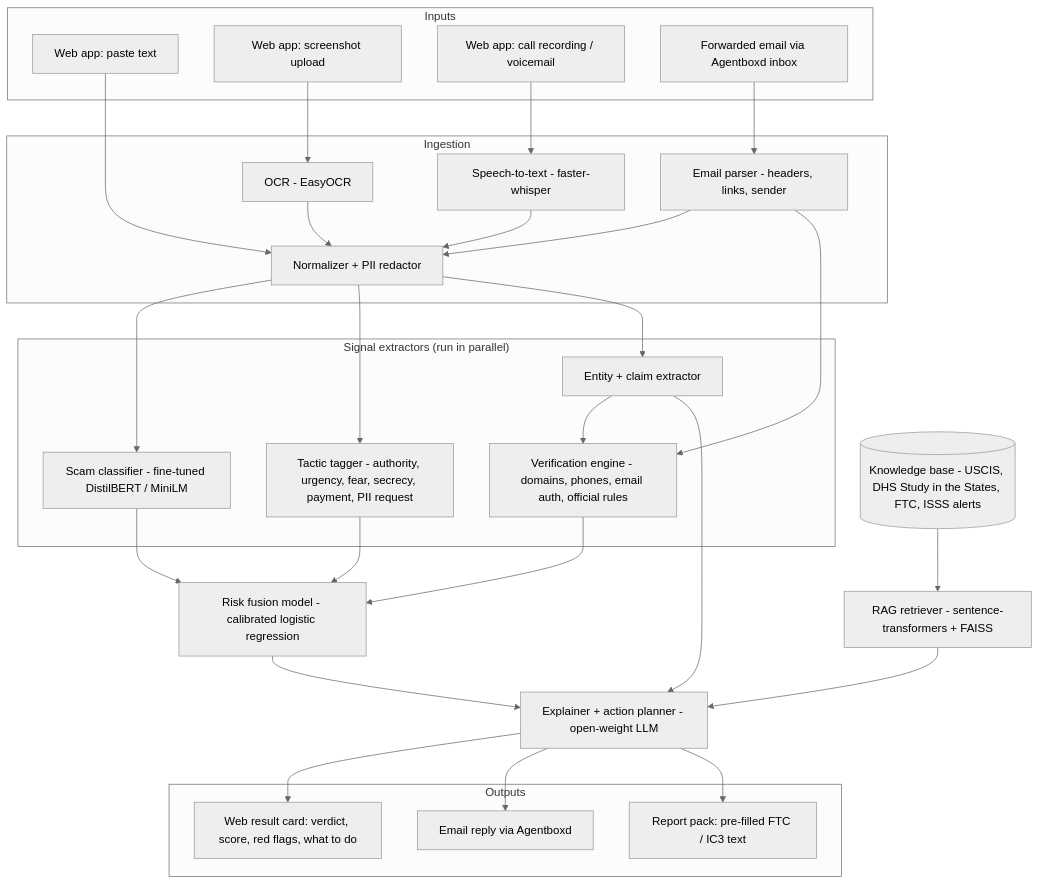
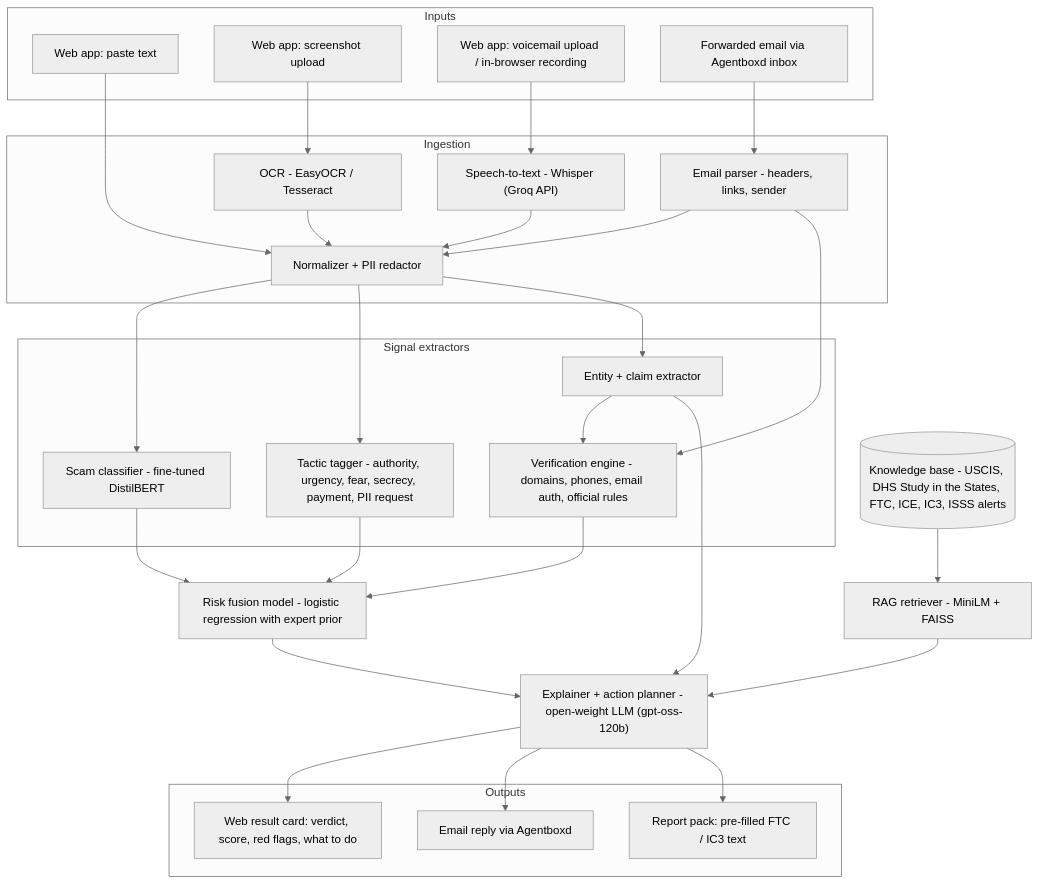
Before and after one commit to preksha2166/visashield: the diagram in ARCHITECTURE.md, drawn with Mermaid (neutral theme). The commit also changed other lines of this file and 1 other file, not shown here.

````diff
--- a/ARCHITECTURE.md
+++ b/ARCHITECTURE.md
@@ -24,58 +23,58 @@
 ```mermaid
 flowchart TD
     subgraph Inputs
         A1["Web app: paste text"]
         A2["Web app: screenshot upload"]
-        A3["Web app: call recording / voicemail"]
+        A3["Web app: voicemail upload / in-browser recording"]
         A4["Forwarded email via Agentboxd inbox"]
     end
 
     subgraph Ingestion
-        B1["OCR - EasyOCR"]
-        B2["Speech-to-text - faster-whisper"]
+        B1["OCR - EasyOCR / Tesseract"]
+        B2["Speech-to-text - Whisper (Groq API)"]
         B3["Email parser - headers, links, sender"]
         B4["Normalizer + PII redactor"]
     end
 
     A2 --> B1 --> B4
     A3 --> B2 --> B4
     A4 --> B3 --> B4
     A1 --> B4
 
-    subgraph Signals["Signal extractors (run in parallel)"]
-        C1["Scam classifier - fine-tuned DistilBERT / MiniLM"]
+    subgraph Signals["Signal extractors"]
+        C1["Scam classifier - fine-tuned DistilBERT"]
         C2["Tactic tagger - authority, urgency, fear, secrecy, payment, PII request"]
         C3["Entity + claim extractor"]
         C4["Verification engine - domains, phones, email auth, official rules"]
     end
 
     B4 --> C1
     B4 --> C2
     B4 --> C3
     C3 --> C4
     B3 --> C4
 
-    D1["Risk fusion model - calibrated logistic regression"]
+    D1["Risk fusion model - logistic regression with expert prior"]
     C1 --> D1
     C2 --> D1
     C4 --> D1
 
-    E0[("Knowledge base - USCIS, DHS Study in the States, FTC, ISSS alerts")]
-    E1["RAG retriever - sentence-transformers + FAISS"]
+    E0[("Knowledge base - USCIS, DHS Study in the States, FTC, ICE, IC3, ISSS alerts")]
+    E1["RAG retriever - MiniLM + FAISS"]
     E0 --> E1
 
-    F1["Explainer + action planner - open-weight LLM"]
+    F1["Explainer + action planner - open-weight LLM (gpt-oss-120b)"]
     D1 --> F1
     E1 --> F1
     C3 --> F1
 
     subgraph Outputs
         G1["Web result card: verdict, score, red flags, what to do"]
         G2["Email reply via Agentboxd"]
         G3["Report pack: pre-filled FTC / IC3 text"]
     end
 
     F1 --> G1
     F1 --> G2
     F1 --> G3
 ```
````
